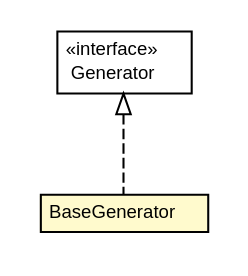
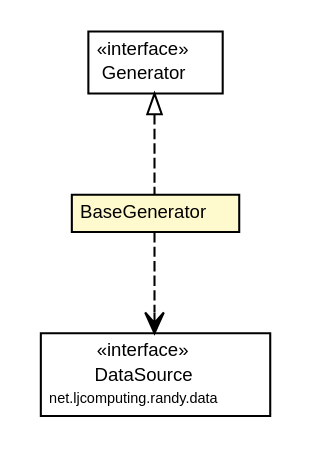
One commit to willmorejg/net.ljcomputing.randy changed the diagram in docs/javadoc/apidocs/net/ljcomputing/randy/generator/BaseGenerator.dot. Above: the diagram before and after it, drawn with Graphviz. The commit also changed 80 other files, not shown here.

```diff
--- a/docs/javadoc/apidocs/net/ljcomputing/randy/generator/BaseGenerator.dot
+++ b/docs/javadoc/apidocs/net/ljcomputing/randy/generator/BaseGenerator.dot
@@ -1,27 +1,37 @@
 #!/usr/local/bin/dot
 #
 # Class diagram 
 # Generated by UMLGraph version R5_6 (http://www.umlgraph.org/)
 #
 
 digraph G {
 	edge [fontname="Helvetica",fontsize=10,labelfontname="Helvetica",labelfontsize=10];
 	node [fontname="Helvetica",fontsize=10,shape=plaintext];
 	nodesep=0.25;
 	ranksep=0.5;
+	// net.ljcomputing.randy.data.DataSource
+	c125 [label=<<table title="net.ljcomputing.randy.data.DataSource" border="0" cellborder="1" cellspacing="0" cellpadding="2" port="p" href="../data/DataSource.html">
+		<tr><td><table border="0" cellspacing="0" cellpadding="1">
+<tr><td align="center" balign="center"> &#171;interface&#187; </td></tr>
+<tr><td align="center" balign="center"> DataSource </td></tr>
+<tr><td align="center" balign="center"><font point-size="7.0"> net.ljcomputing.randy.data </font></td></tr>
+		</table></td></tr>
+		</table>>, URL="../data/DataSource.html", fontname="Helvetica", fontcolor="black", fontsize=9.0];
 	// net.ljcomputing.randy.generator.BaseGenerator
 	c136 [label=<<table title="net.ljcomputing.randy.generator.BaseGenerator" border="0" cellborder="1" cellspacing="0" cellpadding="2" port="p" bgcolor="lemonChiffon" href="./BaseGenerator.html">
 		<tr><td><table border="0" cellspacing="0" cellpadding="1">
 <tr><td align="center" balign="center"> BaseGenerator </td></tr>
 		</table></td></tr>
 		</table>>, URL="./BaseGenerator.html", fontname="Helvetica", fontcolor="black", fontsize=9.0];
 	// net.ljcomputing.randy.generator.Generator
 	c137 [label=<<table title="net.ljcomputing.randy.generator.Generator" border="0" cellborder="1" cellspacing="0" cellpadding="2" port="p" href="./Generator.html">
 		<tr><td><table border="0" cellspacing="0" cellpadding="1">
 <tr><td align="center" balign="center"> &#171;interface&#187; </td></tr>
 <tr><td align="center" balign="center"> Generator </td></tr>
 		</table></td></tr>
 		</table>>, URL="./Generator.html", fontname="Helvetica", fontcolor="black", fontsize=9.0];
 	//net.ljcomputing.randy.generator.BaseGenerator implements net.ljcomputing.randy.generator.Generator
 	c137:p -> c136:p [dir=back,arrowtail=empty,style=dashed];
+	// net.ljcomputing.randy.generator.BaseGenerator DEPEND net.ljcomputing.randy.data.DataSource
+	c136:p -> c125:p [taillabel="", label="", headlabel="", fontname="Helvetica", fontcolor="black", fontsize=10.0, color="black", arrowhead=open, style=dashed];
 }
```
